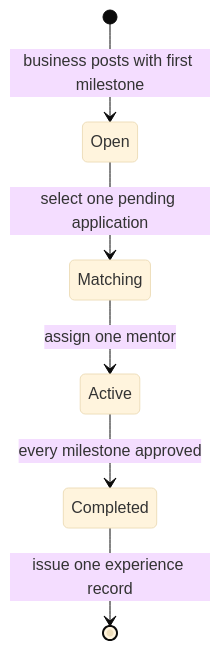
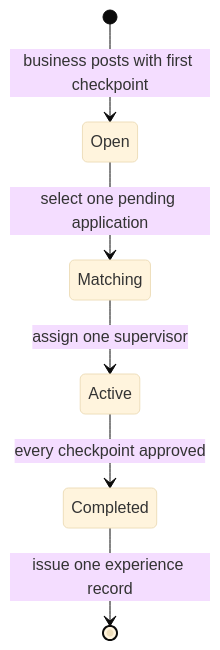
One commit to hediamara1208-commits/sipathon changed the second of 3 diagrams in SIP-A-THON/firststep/MODEL.md. Above: the diagram before and after it, drawn with Mermaid (base theme). The commit also changed other lines of this file and 5 other files, not shown here.

Commit message:
Use supervisor and checkpoint throughout website copy

````diff
--- a/SIP-A-THON/firststep/MODEL.md
+++ b/SIP-A-THON/firststep/MODEL.md
@@ -30,8 +30,8 @@
 ```mermaid
 stateDiagram-v2
-  [*] --> Open: business posts with first milestone
+  [*] --> Open: business posts with first checkpoint
   Open --> Matching: select one pending application
-  Matching --> Active: assign one mentor
-  Active --> Completed: every milestone approved
+  Matching --> Active: assign one supervisor
+  Active --> Completed: every checkpoint approved
   Completed --> [*]: issue one experience record
 ```
````
